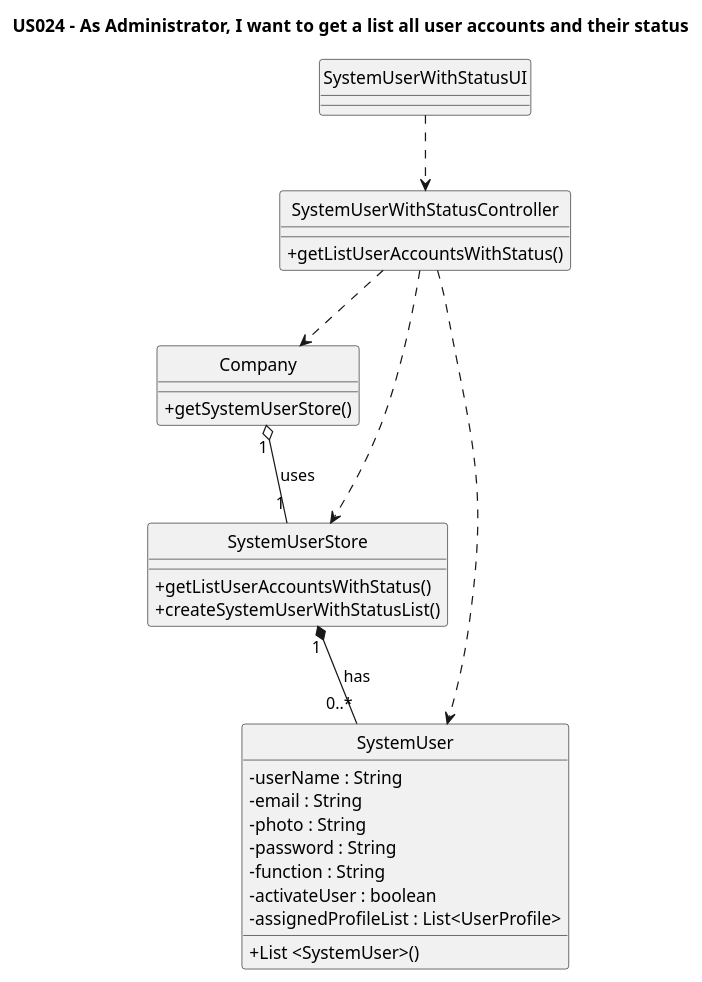
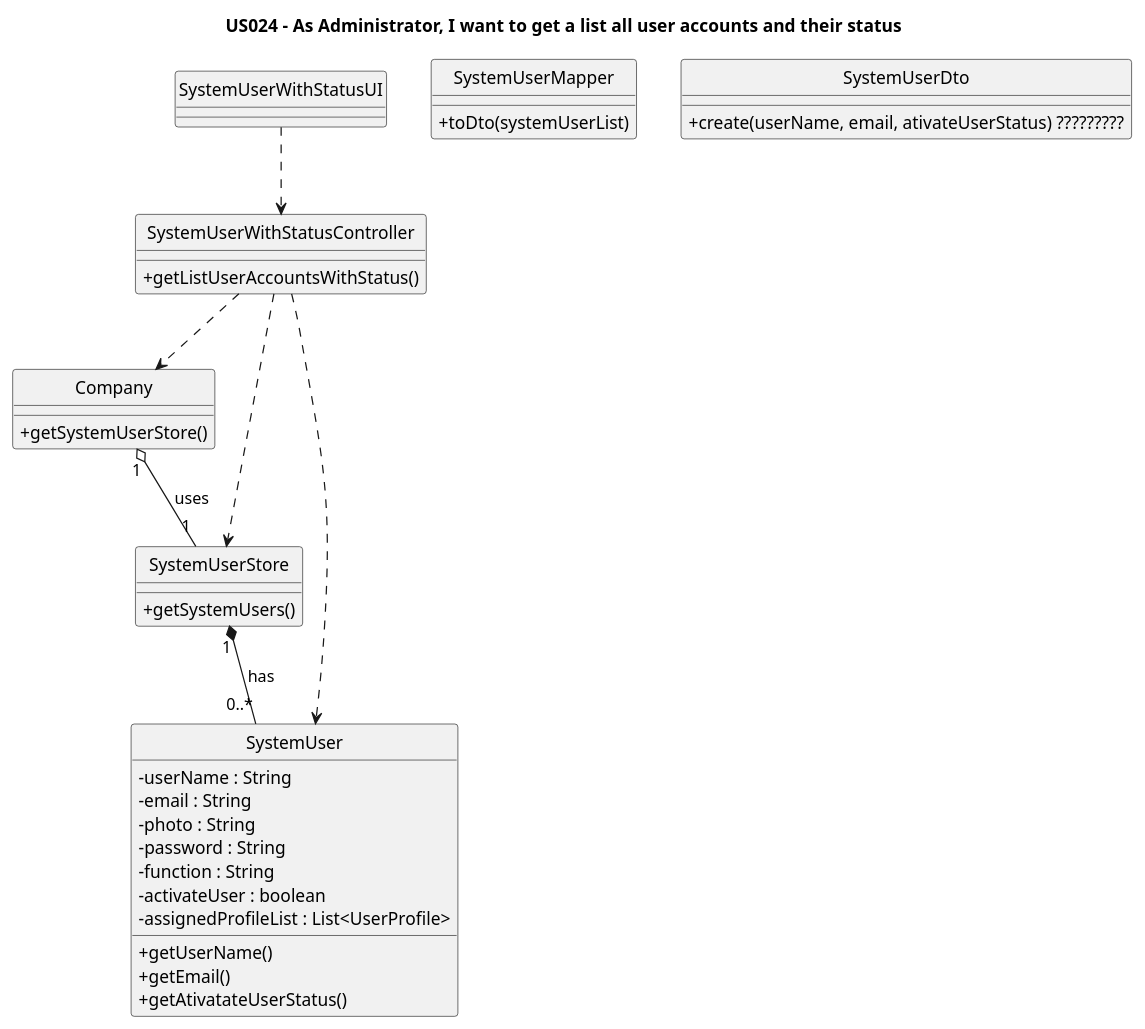
Before and after one commit to nunogon1211787/projectManagement: the diagram in docs/Sprint3/US024/US024-CD.puml, drawn with PlantUML. The commit also changed 3 other files, not shown here.

```diff
--- a/docs/Sprint3/US024/US024-CD.puml
+++ b/docs/Sprint3/US024/US024-CD.puml
@@ -1,49 +1,58 @@
 @startuml
 'https://plantuml.com/class-diagram
 
 hide circle
 skinparam classAttributeIconSize 0
 
 title US024 - As Administrator, I want to get a list all user accounts and their status
 
 class SystemUserWithStatusUI {
 
 }
 
 class SystemUserWithStatusController {
     +getListUserAccountsWithStatus()
 
 }
 
 class Company {
     +getSystemUserStore()
 }
 
 class SystemUserStore {
-+getListUserAccountsWithStatus()
-+createSystemUserWithStatusList()
++getSystemUsers()
+}
+
+class SystemUserMapper{
++toDto(systemUserList)
 }
 
 class SystemUser {
 -userName : String
 -email : String
 -photo : String
 -password : String
 -function : String
 -activateUser : boolean
 -assignedProfileList : List<UserProfile>
-+List <SystemUser>()
++getUserName()
++getEmail()
++getAtivatateUserStatus()
 }
 
+class SystemUserDto {
++create(userName, email, ativateUserStatus) ?????????
+
+}
 
 SystemUserWithStatusUI ..> SystemUserWithStatusController
 
 SystemUserWithStatusController ..> Company
 SystemUserWithStatusController ..> SystemUserStore
 SystemUserWithStatusController ..> SystemUser
 
 
 Company "1" o-- "1" SystemUserStore: uses
 SystemUserStore "1" *-- "0..*" SystemUser: has
 
 @enduml
```
